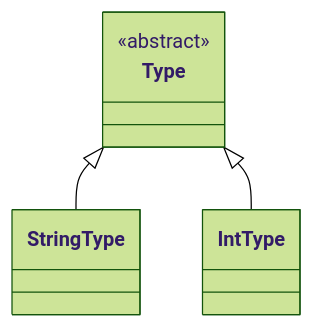
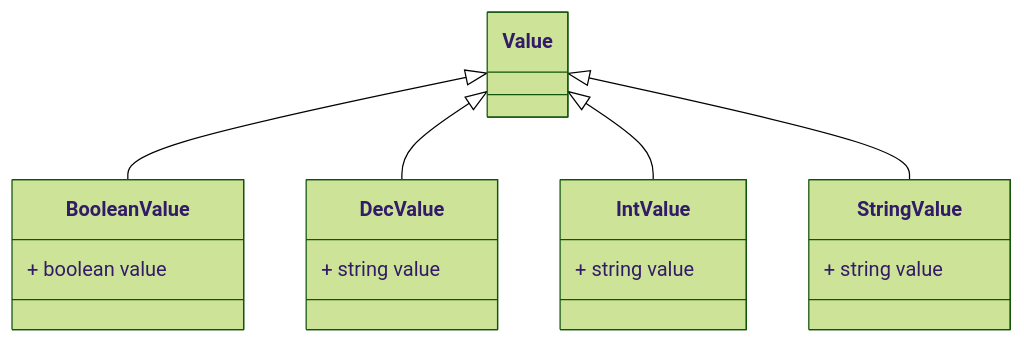
One commit to LionWeb-io/mps-meetup-2023 changed the diagram in freon/src/picode/diagrams/gen/inheritance-view.md. Above: the diagram before and after it, drawn with Mermaid. The commit also changed other lines of this file and 132 other files, not shown here.

````diff
--- a/freon/src/picode/diagrams/gen/inheritance-view.md
+++ b/freon/src/picode/diagrams/gen/inheritance-view.md
@@ -2,21 +2,31 @@
 ```mermaid
     %%{init: {'theme': 'forest'} }%%
     classDiagram
     direction TD
     %% other possibilites: LR RL DT TB (same as TD)
-    class StringType {
+    class BooleanValue {
+        
+        + boolean value
+    }
+    class Value {
         
         
     }
-    class Type {
-        <<abstract>>
+    class DecValue {
         
+        + string value
     }
-    class IntType {
+    class IntValue {
         
+        + string value
+    }
+    class StringValue {
         
+        + string value
     }
-    Type <|-- StringType
-Type <|-- IntType
+    Value <|-- BooleanValue
+Value <|-- DecValue
+Value <|-- IntValue
+Value <|-- StringValue
 
 ```
````
